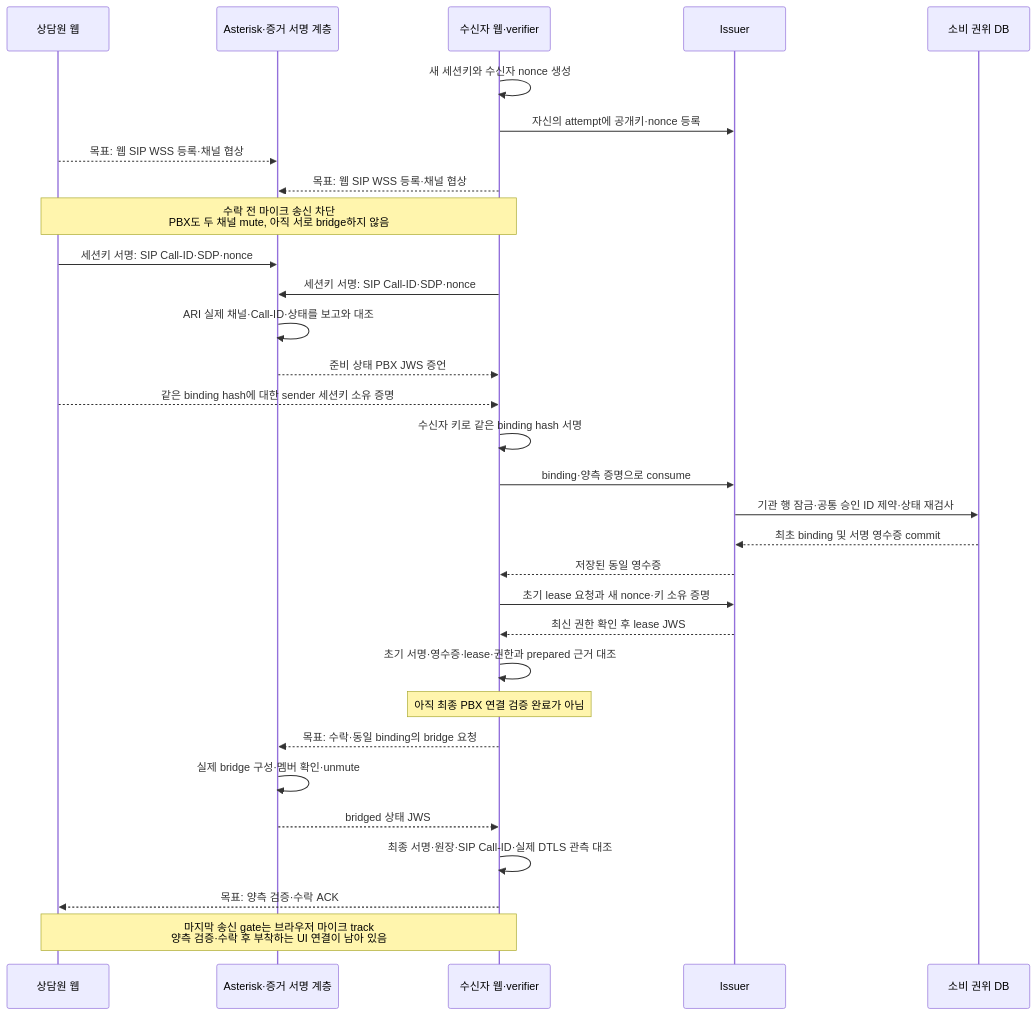
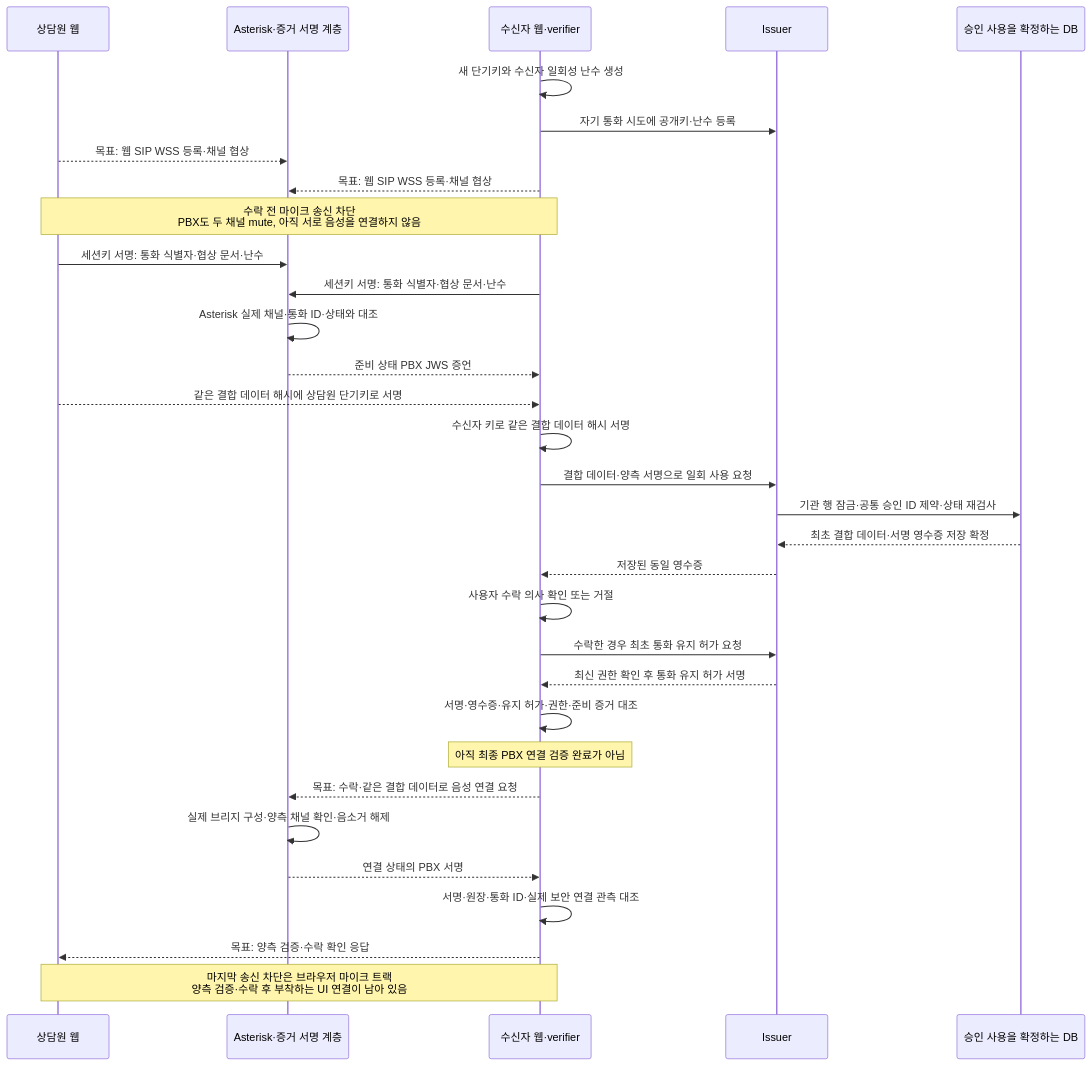
One commit to 0u-Y/CallSign changed the second of 3 diagrams in docs/guide/03-CALL-FLOW.md. Above: the diagram before and after it, drawn with Mermaid. The commit also changed other lines of this file and 20 other files, not shown here.

````diff
--- a/docs/guide/03-CALL-FLOW.md
+++ b/docs/guide/03-CALL-FLOW.md
@@ -36,33 +38,34 @@
 ```mermaid
 sequenceDiagram
   participant A as 상담원 웹
   participant P as Asterisk·증거 서명 계층
   participant R as 수신자 웹·verifier
   participant I as Issuer
-  participant DB as 소비 권위 DB
-  R->>R: 새 세션키와 수신자 nonce 생성
-  R->>I: 자신의 attempt에 공개키·nonce 등록
+  participant DB as 승인 사용을 확정하는 DB
+  R->>R: 새 단기키와 수신자 일회성 난수 생성
+  R->>I: 자기 통화 시도에 공개키·난수 등록
   A-->>P: 목표: 웹 SIP WSS 등록·채널 협상
   R-->>P: 목표: 웹 SIP WSS 등록·채널 협상
-  Note over A,R: 수락 전 마이크 송신 차단<br/>PBX도 두 채널 mute, 아직 서로 bridge하지 않음
-  A->>P: 세션키 서명: SIP Call-ID·SDP·nonce
-  R->>P: 세션키 서명: SIP Call-ID·SDP·nonce
-  P->>P: ARI 실제 채널·Call-ID·상태를 보고와 대조
+  Note over A,R: 수락 전 마이크 송신 차단<br/>PBX도 두 채널 mute, 아직 서로 음성을 연결하지 않음
+  A->>P: 세션키 서명: 통화 식별자·협상 문서·난수
+  R->>P: 세션키 서명: 통화 식별자·협상 문서·난수
+  P->>P: Asterisk 실제 채널·통화 ID·상태와 대조
   P-->>R: 준비 상태 PBX JWS 증언
-  A-->>R: 같은 binding hash에 대한 sender 세션키 소유 증명
-  R->>R: 수신자 키로 같은 binding hash 서명
-  R->>I: binding·양측 증명으로 consume
+  A-->>R: 같은 결합 데이터 해시에 상담원 단기키로 서명
+  R->>R: 수신자 키로 같은 결합 데이터 해시 서명
+  R->>I: 결합 데이터·양측 서명으로 일회 사용 요청
   I->>DB: 기관 행 잠금·공통 승인 ID 제약·상태 재검사
-  DB-->>I: 최초 binding 및 서명 영수증 commit
+  DB-->>I: 최초 결합 데이터·서명 영수증 저장 확정
   I-->>R: 저장된 동일 영수증
-  R->>I: 초기 lease 요청과 새 nonce·키 소유 증명
-  I-->>R: 최신 권한 확인 후 lease JWS
-  R->>R: 초기 서명·영수증·lease·권한과 prepared 근거 대조
+  R->>R: 사용자 수락 의사 확인 또는 거절
+  R->>I: 수락한 경우 최초 통화 유지 허가 요청
+  I-->>R: 최신 권한 확인 후 통화 유지 허가 서명
+  R->>R: 서명·영수증·유지 허가·권한·준비 증거 대조
   Note over R: 아직 최종 PBX 연결 검증 완료가 아님
-  R-->>P: 목표: 수락·동일 binding의 bridge 요청
-  P->>P: 실제 bridge 구성·멤버 확인·unmute
-  P-->>R: bridged 상태 JWS
-  R->>R: 최종 서명·원장·SIP Call-ID·실제 DTLS 관측 대조
-  R-->>A: 목표: 양측 검증·수락 ACK
-  Note over A,R: 마지막 송신 gate는 브라우저 마이크 track<br/>양측 검증·수락 후 부착하는 UI 연결이 남아 있음
+  R-->>P: 목표: 수락·같은 결합 데이터로 음성 연결 요청
+  P->>P: 실제 브리지 구성·양측 채널 확인·음소거 해제
+  P-->>R: 연결 상태의 PBX 서명
+  R->>R: 서명·원장·통화 ID·실제 보안 연결 관측 대조
+  R-->>A: 목표: 양측 검증·수락 확인 응답
+  Note over A,R: 마지막 송신 차단은 브라우저 마이크 트랙<br/>양측 검증·수락 후 부착하는 UI 연결이 남아 있음
 ```
````
